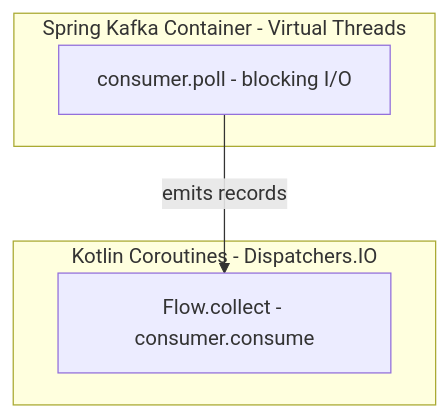
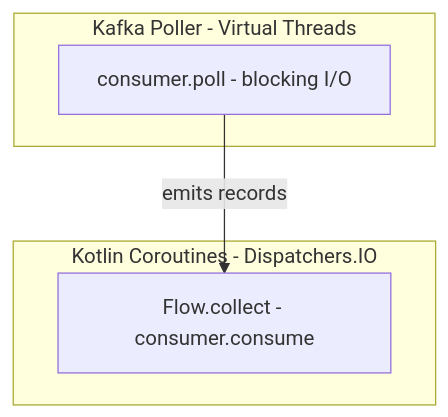
One commit to osoykan/kafka-kit changed the second of 2 diagrams in README.md. Above: the diagram before and after it, drawn with Mermaid. The commit also changed other lines of this file and 11 other files, not shown here.

````diff
--- a/README.md
+++ b/README.md
@@ -248,12 +328,12 @@
 ```mermaid
 flowchart TB
     subgraph top [Kotlin Coroutines - Dispatchers.IO]
         A[Flow.collect - consumer.consume]
     end
     
-    subgraph bottom [Spring Kafka Container - Virtual Threads]
+    subgraph bottom [Kafka Poller - Virtual Threads]
         B[consumer.poll - blocking I/O]
     end
     
     B -->|emits records| A
 ```
````
